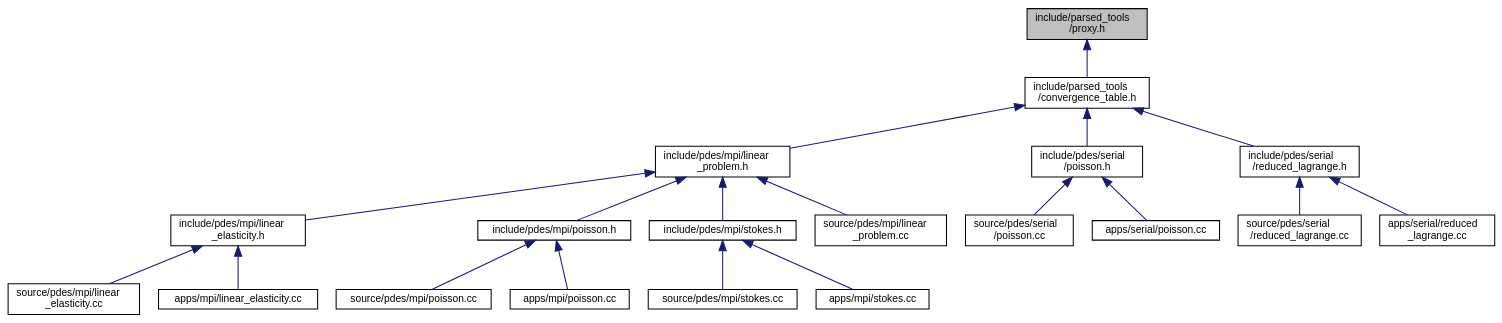
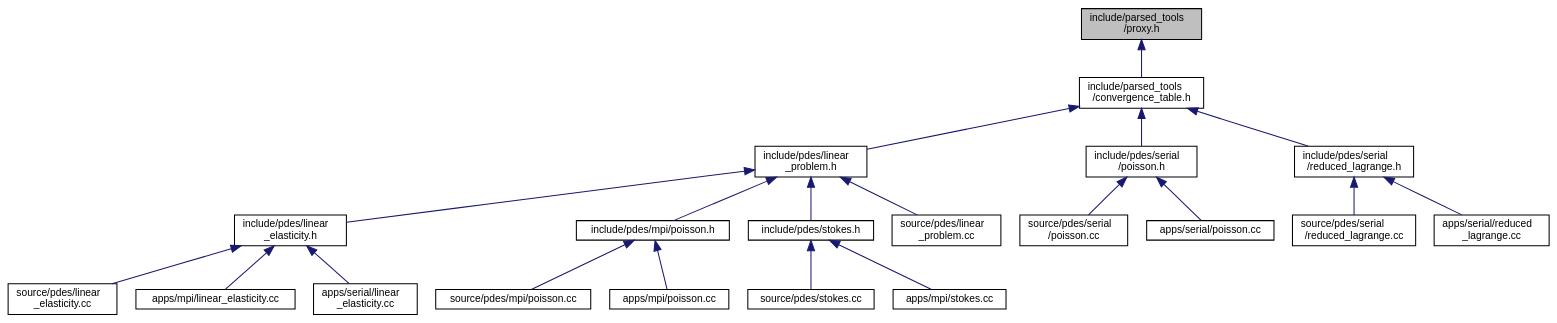
One commit to luca-heltai/fsi-suite changed the diagram in proxy_8h__dep__incl.dot. Above: the diagram before and after it, drawn with Graphviz. The commit also changed 918 other files, not shown here.

```diff
--- a/proxy_8h__dep__incl.dot
+++ b/proxy_8h__dep__incl.dot
@@ -1,44 +1,46 @@
 digraph "include/parsed_tools/proxy.h"
 {
  // LATEX_PDF_SIZE
   bgcolor="transparent";
   edge [fontname="Helvetica",fontsize="10",labelfontname="Helvetica",labelfontsize="10"];
   node [fontname="Helvetica",fontsize="10",shape=record];
   Node1 [label="include/parsed_tools\l/proxy.h",height=0.2,width=0.4,color="black", fillcolor="grey75", style="filled", fontcolor="black",tooltip=" "];
   Node1 -> Node2 [dir="back",color="midnightblue",fontsize="10",style="solid",fontname="Helvetica"];
   Node2 [label="include/parsed_tools\l/convergence_table.h",height=0.2,width=0.4,color="black",URL="$convergence__table_8h.html",tooltip=" "];
   Node2 -> Node3 [dir="back",color="midnightblue",fontsize="10",style="solid",fontname="Helvetica"];
-  Node3 [label="include/pdes/mpi/linear\l_problem.h",height=0.2,width=0.4,color="black",URL="$linear__problem_8h.html",tooltip=" "];
+  Node3 [label="include/pdes/linear\l_problem.h",height=0.2,width=0.4,color="black",URL="$linear__problem_8h.html",tooltip=" "];
   Node3 -> Node4 [dir="back",color="midnightblue",fontsize="10",style="solid",fontname="Helvetica"];
-  Node4 [label="include/pdes/mpi/linear\l_elasticity.h",height=0.2,width=0.4,color="black",URL="$mpi_2linear__elasticity_8h.html",tooltip=" "];
+  Node4 [label="include/pdes/linear\l_elasticity.h",height=0.2,width=0.4,color="black",URL="$linear__elasticity_8h.html",tooltip=" "];
   Node4 -> Node5 [dir="back",color="midnightblue",fontsize="10",style="solid",fontname="Helvetica"];
-  Node5 [label="source/pdes/mpi/linear\l_elasticity.cc",height=0.2,width=0.4,color="black",URL="$source_2pdes_2mpi_2linear__elasticity_8cc.html",tooltip=" "];
+  Node5 [label="source/pdes/linear\l_elasticity.cc",height=0.2,width=0.4,color="black",URL="$source_2pdes_2linear__elasticity_8cc.html",tooltip=" "];
   Node4 -> Node6 [dir="back",color="midnightblue",fontsize="10",style="solid",fontname="Helvetica"];
   Node6 [label="apps/mpi/linear_elasticity.cc",height=0.2,width=0.4,color="black",URL="$apps_2mpi_2linear__elasticity_8cc.html",tooltip=" "];
-  Node3 -> Node7 [dir="back",color="midnightblue",fontsize="10",style="solid",fontname="Helvetica"];
-  Node7 [label="include/pdes/mpi/poisson.h",height=0.2,width=0.4,color="black",URL="$mpi_2poisson_8h.html",tooltip=" "];
-  Node7 -> Node8 [dir="back",color="midnightblue",fontsize="10",style="solid",fontname="Helvetica"];
-  Node8 [label="source/pdes/mpi/poisson.cc",height=0.2,width=0.4,color="black",URL="$source_2pdes_2mpi_2poisson_8cc.html",tooltip=" "];
-  Node7 -> Node9 [dir="back",color="midnightblue",fontsize="10",style="solid",fontname="Helvetica"];
-  Node9 [label="apps/mpi/poisson.cc",height=0.2,width=0.4,color="black",URL="$apps_2mpi_2poisson_8cc.html",tooltip=" "];
-  Node3 -> Node10 [dir="back",color="midnightblue",fontsize="10",style="solid",fontname="Helvetica"];
-  Node10 [label="include/pdes/mpi/stokes.h",height=0.2,width=0.4,color="black",URL="$mpi_2stokes_8h.html",tooltip=" "];
-  Node10 -> Node11 [dir="back",color="midnightblue",fontsize="10",style="solid",fontname="Helvetica"];
-  Node11 [label="source/pdes/mpi/stokes.cc",height=0.2,width=0.4,color="black",URL="$source_2pdes_2mpi_2stokes_8cc.html",tooltip=" "];
-  Node10 -> Node12 [dir="back",color="midnightblue",fontsize="10",style="solid",fontname="Helvetica"];
-  Node12 [label="apps/mpi/stokes.cc",height=0.2,width=0.4,color="black",URL="$apps_2mpi_2stokes_8cc.html",tooltip=" "];
-  Node3 -> Node13 [dir="back",color="midnightblue",fontsize="10",style="solid",fontname="Helvetica"];
-  Node13 [label="source/pdes/mpi/linear\l_problem.cc",height=0.2,width=0.4,color="black",URL="$linear__problem_8cc.html",tooltip=" "];
-  Node2 -> Node14 [dir="back",color="midnightblue",fontsize="10",style="solid",fontname="Helvetica"];
-  Node14 [label="include/pdes/serial\l/poisson.h",height=0.2,width=0.4,color="black",URL="$serial_2poisson_8h.html",tooltip=" "];
-  Node14 -> Node15 [dir="back",color="midnightblue",fontsize="10",style="solid",fontname="Helvetica"];
-  Node15 [label="source/pdes/serial\l/poisson.cc",height=0.2,width=0.4,color="black",URL="$source_2pdes_2serial_2poisson_8cc.html",tooltip=" "];
-  Node14 -> Node16 [dir="back",color="midnightblue",fontsize="10",style="solid",fontname="Helvetica"];
-  Node16 [label="apps/serial/poisson.cc",height=0.2,width=0.4,color="black",URL="$apps_2serial_2poisson_8cc.html",tooltip=" "];
-  Node2 -> Node17 [dir="back",color="midnightblue",fontsize="10",style="solid",fontname="Helvetica"];
-  Node17 [label="include/pdes/serial\l/reduced_lagrange.h",height=0.2,width=0.4,color="black",URL="$reduced__lagrange_8h.html",tooltip=" "];
-  Node17 -> Node18 [dir="back",color="midnightblue",fontsize="10",style="solid",fontname="Helvetica"];
-  Node18 [label="source/pdes/serial\l/reduced_lagrange.cc",height=0.2,width=0.4,color="black",URL="$source_2pdes_2serial_2reduced__lagrange_8cc.html",tooltip=" "];
-  Node17 -> Node19 [dir="back",color="midnightblue",fontsize="10",style="solid",fontname="Helvetica"];
-  Node19 [label="apps/serial/reduced\l_lagrange.cc",height=0.2,width=0.4,color="black",URL="$apps_2serial_2reduced__lagrange_8cc.html",tooltip=" "];
+  Node4 -> Node7 [dir="back",color="midnightblue",fontsize="10",style="solid",fontname="Helvetica"];
+  Node7 [label="apps/serial/linear\l_elasticity.cc",height=0.2,width=0.4,color="black",URL="$apps_2serial_2linear__elasticity_8cc.html",tooltip=" "];
+  Node3 -> Node8 [dir="back",color="midnightblue",fontsize="10",style="solid",fontname="Helvetica"];
+  Node8 [label="include/pdes/mpi/poisson.h",height=0.2,width=0.4,color="black",URL="$mpi_2poisson_8h.html",tooltip=" "];
+  Node8 -> Node9 [dir="back",color="midnightblue",fontsize="10",style="solid",fontname="Helvetica"];
+  Node9 [label="source/pdes/mpi/poisson.cc",height=0.2,width=0.4,color="black",URL="$source_2pdes_2mpi_2poisson_8cc.html",tooltip=" "];
+  Node8 -> Node10 [dir="back",color="midnightblue",fontsize="10",style="solid",fontname="Helvetica"];
+  Node10 [label="apps/mpi/poisson.cc",height=0.2,width=0.4,color="black",URL="$apps_2mpi_2poisson_8cc.html",tooltip=" "];
+  Node3 -> Node11 [dir="back",color="midnightblue",fontsize="10",style="solid",fontname="Helvetica"];
+  Node11 [label="include/pdes/stokes.h",height=0.2,width=0.4,color="black",URL="$stokes_8h.html",tooltip=" "];
+  Node11 -> Node12 [dir="back",color="midnightblue",fontsize="10",style="solid",fontname="Helvetica"];
+  Node12 [label="source/pdes/stokes.cc",height=0.2,width=0.4,color="black",URL="$source_2pdes_2stokes_8cc.html",tooltip=" "];
+  Node11 -> Node13 [dir="back",color="midnightblue",fontsize="10",style="solid",fontname="Helvetica"];
+  Node13 [label="apps/mpi/stokes.cc",height=0.2,width=0.4,color="black",URL="$apps_2mpi_2stokes_8cc.html",tooltip=" "];
+  Node3 -> Node14 [dir="back",color="midnightblue",fontsize="10",style="solid",fontname="Helvetica"];
+  Node14 [label="source/pdes/linear\l_problem.cc",height=0.2,width=0.4,color="black",URL="$linear__problem_8cc.html",tooltip=" "];
+  Node2 -> Node15 [dir="back",color="midnightblue",fontsize="10",style="solid",fontname="Helvetica"];
+  Node15 [label="include/pdes/serial\l/poisson.h",height=0.2,width=0.4,color="black",URL="$serial_2poisson_8h.html",tooltip=" "];
+  Node15 -> Node16 [dir="back",color="midnightblue",fontsize="10",style="solid",fontname="Helvetica"];
+  Node16 [label="source/pdes/serial\l/poisson.cc",height=0.2,width=0.4,color="black",URL="$source_2pdes_2serial_2poisson_8cc.html",tooltip=" "];
+  Node15 -> Node17 [dir="back",color="midnightblue",fontsize="10",style="solid",fontname="Helvetica"];
+  Node17 [label="apps/serial/poisson.cc",height=0.2,width=0.4,color="black",URL="$apps_2serial_2poisson_8cc.html",tooltip=" "];
+  Node2 -> Node18 [dir="back",color="midnightblue",fontsize="10",style="solid",fontname="Helvetica"];
+  Node18 [label="include/pdes/serial\l/reduced_lagrange.h",height=0.2,width=0.4,color="black",URL="$reduced__lagrange_8h.html",tooltip=" "];
+  Node18 -> Node19 [dir="back",color="midnightblue",fontsize="10",style="solid",fontname="Helvetica"];
+  Node19 [label="source/pdes/serial\l/reduced_lagrange.cc",height=0.2,width=0.4,color="black",URL="$source_2pdes_2serial_2reduced__lagrange_8cc.html",tooltip=" "];
+  Node18 -> Node20 [dir="back",color="midnightblue",fontsize="10",style="solid",fontname="Helvetica"];
+  Node20 [label="apps/serial/reduced\l_lagrange.cc",height=0.2,width=0.4,color="black",URL="$apps_2serial_2reduced__lagrange_8cc.html",tooltip=" "];
 }
```
